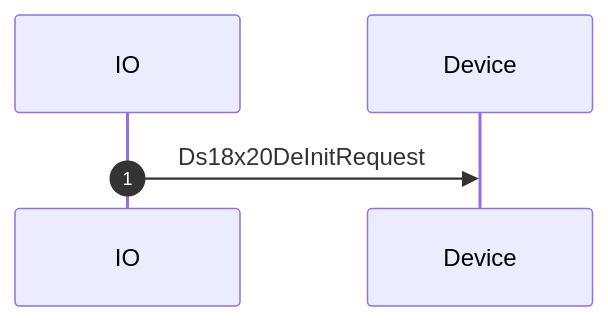
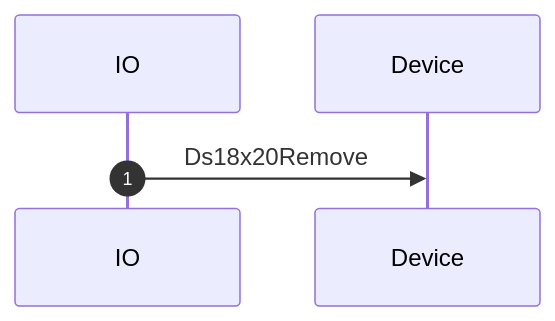
One commit to adafruit/Wippersnapper_Protobuf changed the second of 3 diagrams in proto/wippersnapper/docs/ds18x20.md. Above: the diagram before and after it, drawn with Mermaid. The commit also changed other lines of this file and 6 other files, not shown here.

````diff
--- a/proto/wippersnapper/docs/ds18x20.md
+++ b/proto/wippersnapper/docs/ds18x20.md
@@ -37,8 +37,8 @@
 ```mermaid
 
 sequenceDiagram
 
 autonumber
 
-IO->>Device: Ds18x20DeInitRequest
+IO->>Device: Ds18x20Remove
 ```
````
